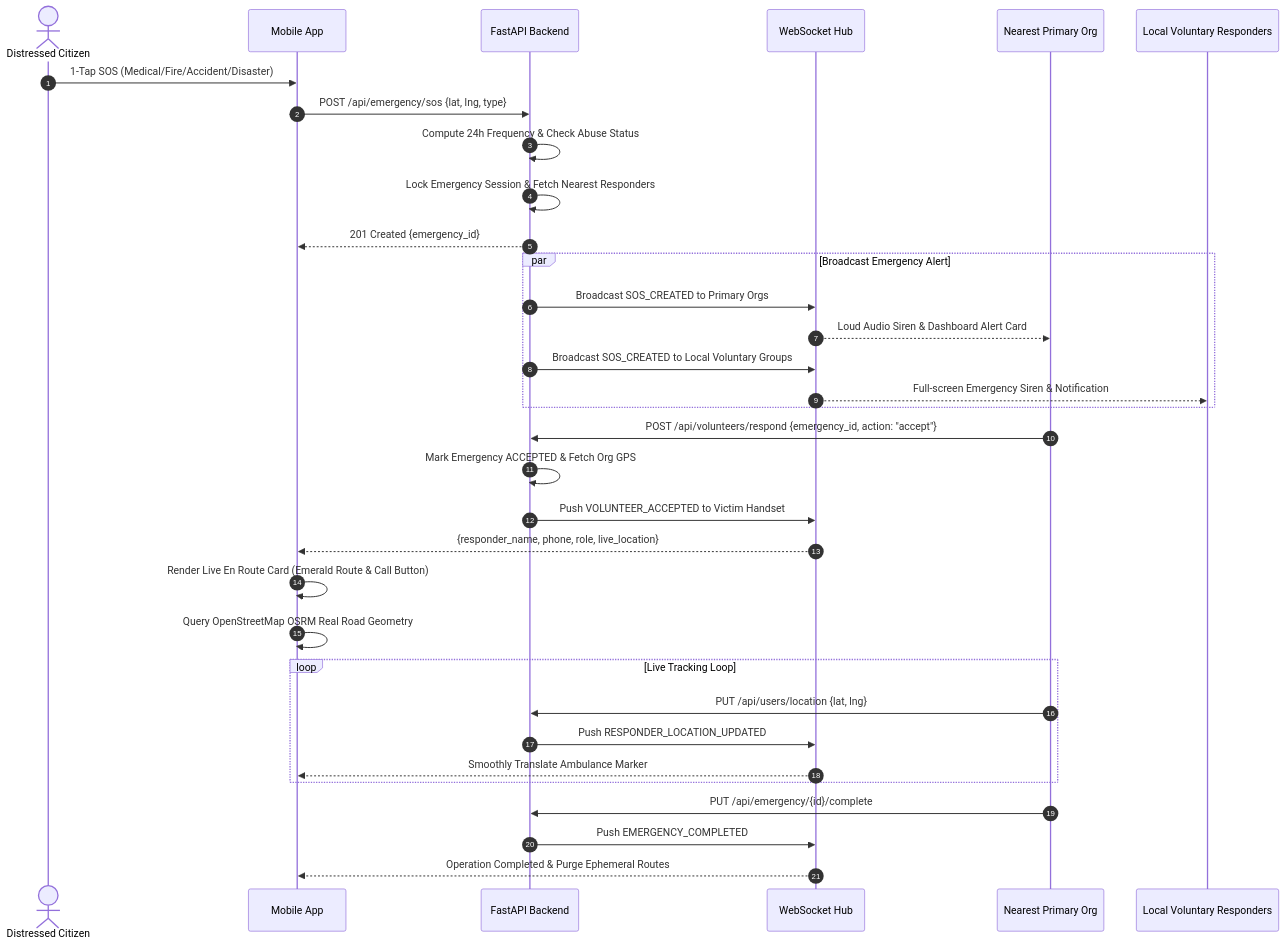
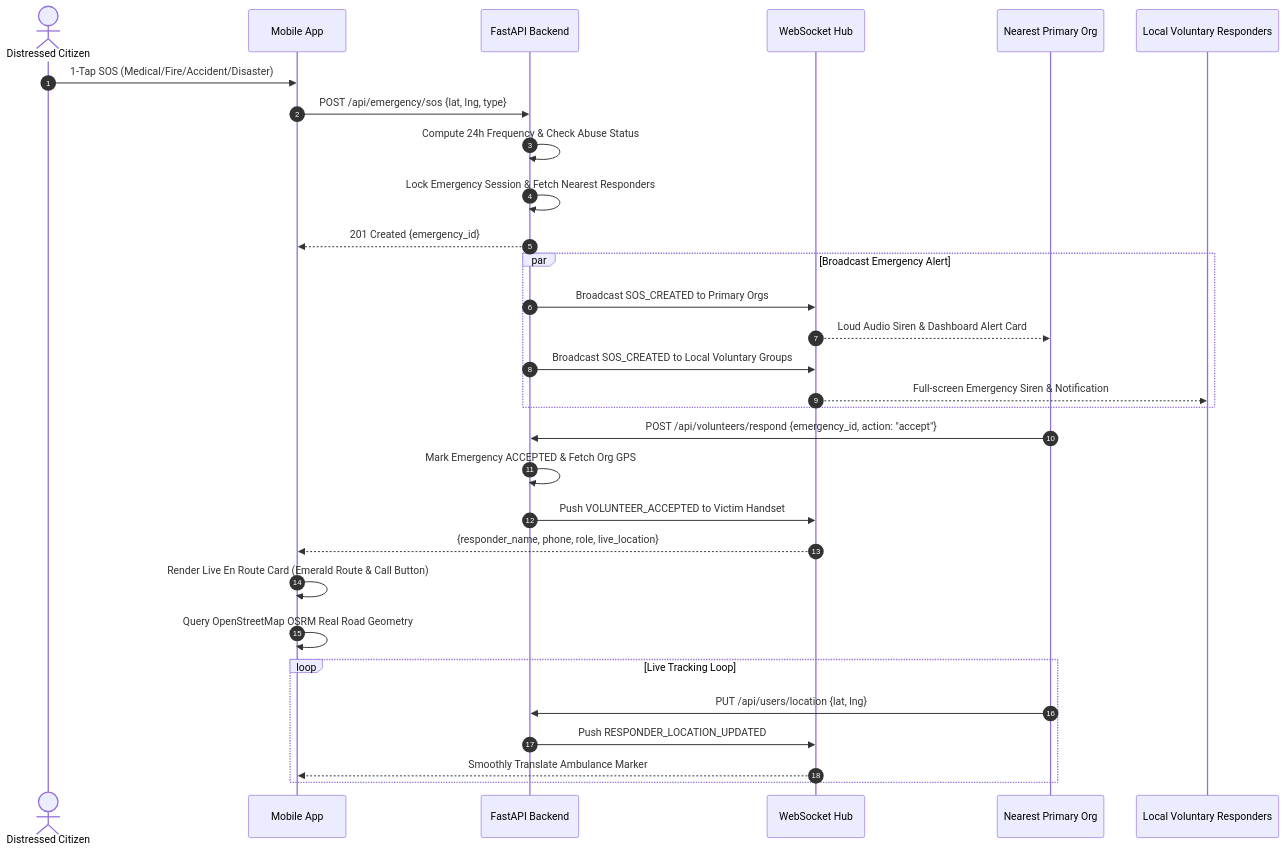
Before and after one commit to Script-By-Lin/KhuNyiKalSal: the second of 5 diagrams in system_specification.md, drawn with Mermaid. The commit also changed other lines of this file and 20 other files, not shown here.

Commit message:
Enhance: Auto Reroute

````diff
--- a/system_specification.md
+++ b/system_specification.md
@@ -157,41 +157,40 @@
 ```mermaid
 sequenceDiagram
     autonumber
     actor Victim as Distressed Citizen
     participant App as Mobile App
     participant API as FastAPI Backend
     participant WS as WebSocket Hub
     participant Primary as Nearest Primary Org
     participant Vol as Local Voluntary Responders
 
     Victim->>App: 1-Tap SOS (Medical/Fire/Accident/Disaster)
     App->>API: POST /api/emergency/sos {lat, lng, type}
     API->>API: Compute 24h Frequency & Check Abuse Status
     API->>API: Lock Emergency Session & Fetch Nearest Responders
     API-->>App: 201 Created {emergency_id}
 
     par Broadcast Emergency Alert
         API->>WS: Broadcast SOS_CREATED to Primary Orgs
         WS-->>Primary: Loud Audio Siren & Dashboard Alert Card
         API->>WS: Broadcast SOS_CREATED to Local Voluntary Groups
         WS-->>Vol: Full-screen Emergency Siren & Notification
     end
 
     Primary->>API: POST /api/volunteers/respond {emergency_id, action: "accept"}
     API->>API: Mark Emergency ACCEPTED & Fetch Org GPS
     API->>WS: Push VOLUNTEER_ACCEPTED to Victim Handset
     WS-->>App: {responder_name, phone, role, live_location}
 
     App->>App: Render Live En Route Card (Emerald Route & Call Button)
     App->>App: Query OpenStreetMap OSRM Real Road Geometry
 
     loop Live Tracking Loop
         Primary->>API: PUT /api/users/location {lat, lng}
         API->>WS: Push RESPONDER_LOCATION_UPDATED
         WS-->>App: Smoothly Translate Ambulance Marker
     end
 
-    Primary->>API: PUT /api/emergency/{id}/complete
-    API->>WS: Push EMERGENCY_COMPLETED
-    WS-->>App: Operation Completed & Purge Ephemeral Routes
+### 4.3. 3-Minute Auto-Reroute & Cascading Timeout Lifecycle
+
 ```
````
